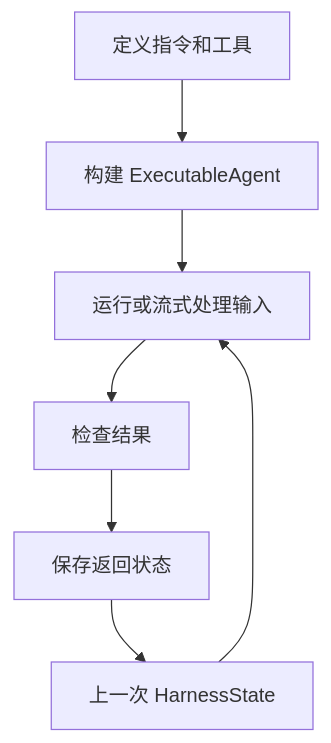
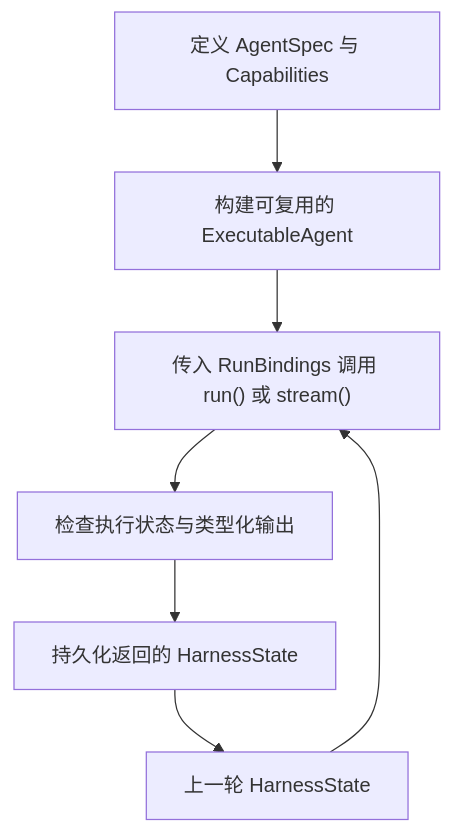
Before and after one commit to converge-ai-labs/agent-foundation: the diagram in docs/a13n-harness/index.zh-CN.md, drawn with Mermaid. The commit also changed other lines of this file and 258 other files, not shown here.

````diff
--- a/docs/a13n-harness/index.zh-CN.md
+++ b/docs/a13n-harness/index.zh-CN.md
@@ -24,13 +22,13 @@
 ```mermaid
 flowchart TB
-    Spec["定义指令和工具"] --> Build["构建 ExecutableAgent"]
-    Build --> Run["运行或流式处理输入"]
-    State["上一次 HarnessState"] --> Run
-    Run --> Result["检查结果"]
-    Result --> Save["保存返回状态"]
+    Spec["定义 AgentSpec 与 Capabilities"] --> Build["构建可复用的 ExecutableAgent"]
+    Build --> Run["传入 RunBindings 调用 run() 或 stream()"]
+    State["上一轮 HarnessState"] --> Run
+    Run --> Result["检查执行状态与类型化输出"]
+    Result --> Save["持久化返回的 HarnessState"]
     Save --> State
 
     class Spec,Build,Run a13n
     class State,Save store
     class Result success
 ```
````
